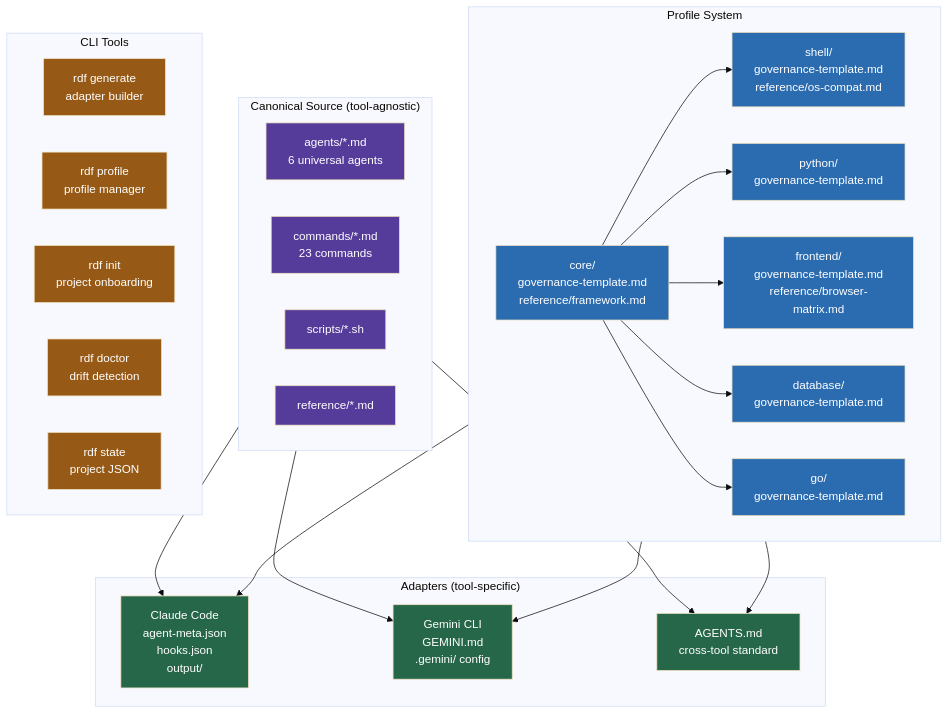
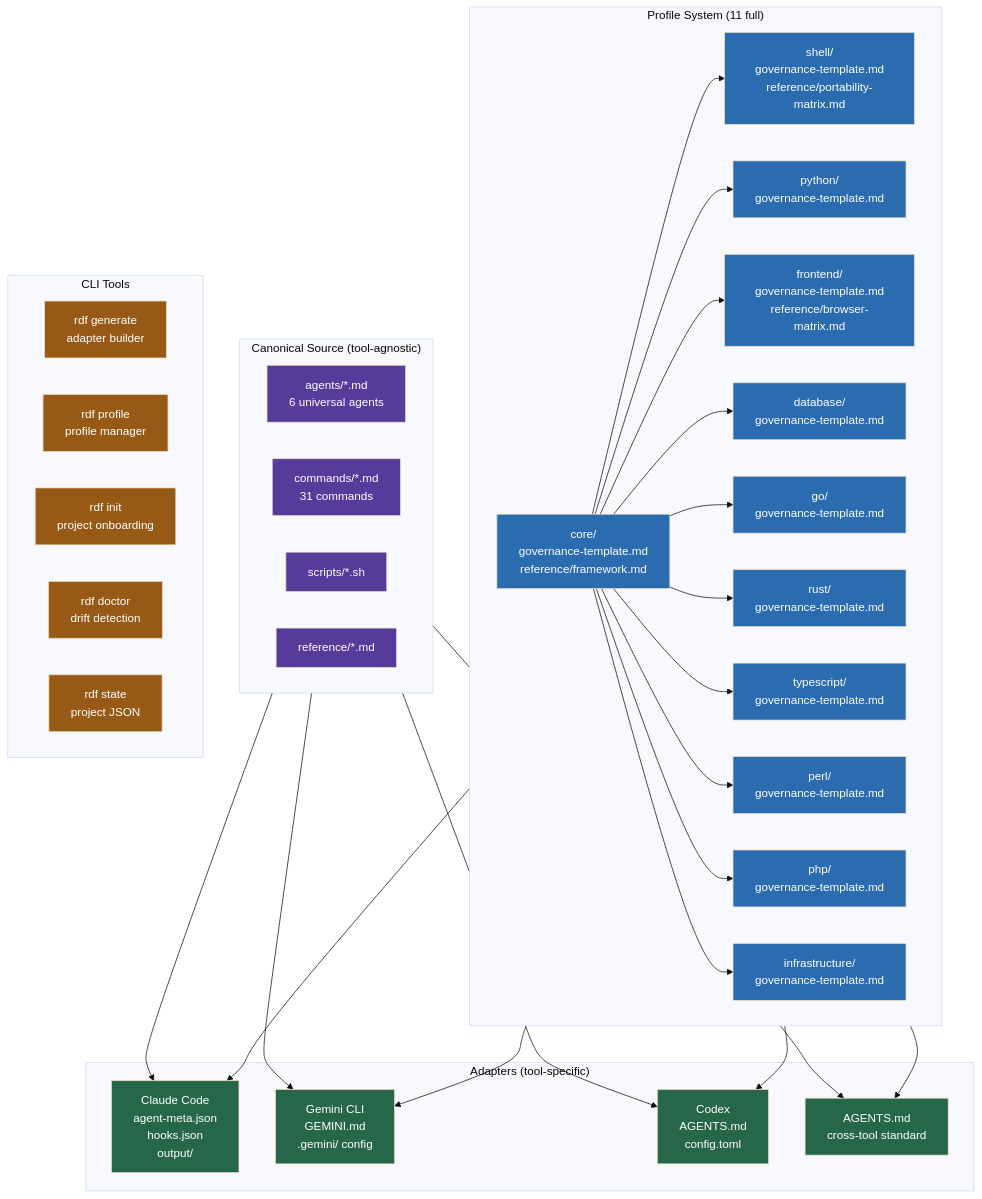
Before and after one commit to rfxn/rdf: the first of 10 diagrams in reference/diagrams.md, drawn with Mermaid (base theme). The commit also changed other lines of this file and 24 other files, not shown here.

```diff
--- a/reference/diagrams.md
+++ b/reference/diagrams.md
@@ -10,18 +10,23 @@
 flowchart TD
     subgraph Canonical["Canonical Source (tool-agnostic)"]
         Agents[agents/*.md\n6 universal agents]
-        Commands[commands/*.md\n23 commands]
+        Commands[commands/*.md\n31 commands]
         Scripts[scripts/*.sh]
         Reference[reference/*.md]
     end
 
-    subgraph Profiles["Profile System"]
+    subgraph Profiles["Profile System (11 full)"]
         Core[core/\ngovernance-template.md\nreference/framework.md]
-        Shell[shell/\ngovernance-template.md\nreference/os-compat.md]
+        Shell[shell/\ngovernance-template.md\nreference/portability-matrix.md]
         Python[python/\ngovernance-template.md]
         Frontend[frontend/\ngovernance-template.md\nreference/browser-matrix.md]
         Database[database/\ngovernance-template.md]
         Go[go/\ngovernance-template.md]
+        Rust[rust/\ngovernance-template.md]
+        TypeScript[typescript/\ngovernance-template.md]
+        Perl[perl/\ngovernance-template.md]
+        PHP[php/\ngovernance-template.md]
+        Infra[infrastructure/\ngovernance-template.md]
     end
 
     Core --> Shell
@@ -29,18 +34,26 @@
     Core --> Frontend
     Core --> Database
     Core --> Go
+    Core --> Rust
+    Core --> TypeScript
+    Core --> Perl
+    Core --> PHP
+    Core --> Infra
 
     subgraph Adapters["Adapters (tool-specific)"]
         CC[Claude Code\nagent-meta.json\nhooks.json\noutput/]
         Gemini[Gemini CLI\nGEMINI.md\n.gemini/ config]
+        Codex[Codex\nAGENTS.md\nconfig.toml]
         AgentsMD[AGENTS.md\ncross-tool standard]
     end
 
     Canonical --> CC
     Canonical --> Gemini
+    Canonical --> Codex
     Canonical --> AgentsMD
     Profiles --> CC
     Profiles --> Gemini
+    Profiles --> Codex
     Profiles --> AgentsMD
 
     subgraph Tools["CLI Tools"]
@@ -61,8 +74,14 @@
     style Frontend fill:#2b6cb0,color:#fff
     style Database fill:#2b6cb0,color:#fff
     style Go fill:#2b6cb0,color:#fff
+    style Rust fill:#2b6cb0,color:#fff
+    style TypeScript fill:#2b6cb0,color:#fff
+    style Perl fill:#2b6cb0,color:#fff
+    style PHP fill:#2b6cb0,color:#fff
+    style Infra fill:#2b6cb0,color:#fff
     style CC fill:#276749,color:#fff
     style Gemini fill:#276749,color:#fff
+    style Codex fill:#276749,color:#fff
     style AgentsMD fill:#276749,color:#fff
     style Generate fill:#975a16,color:#fff
     style ProfileCmd fill:#975a16,color:#fff
```
